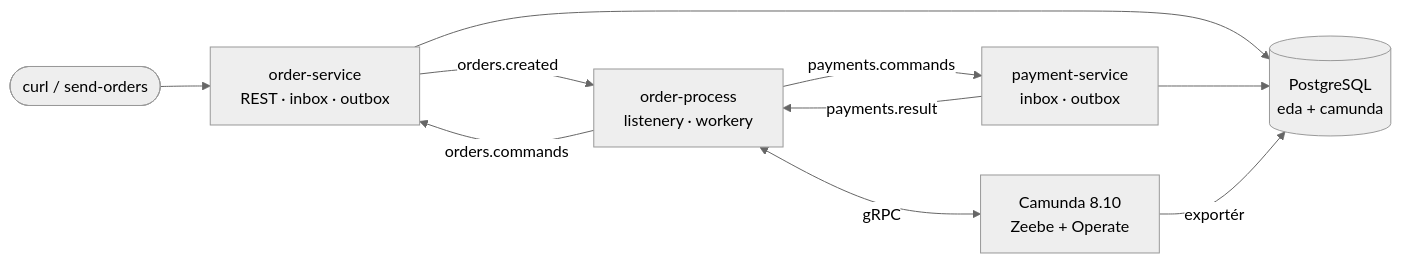
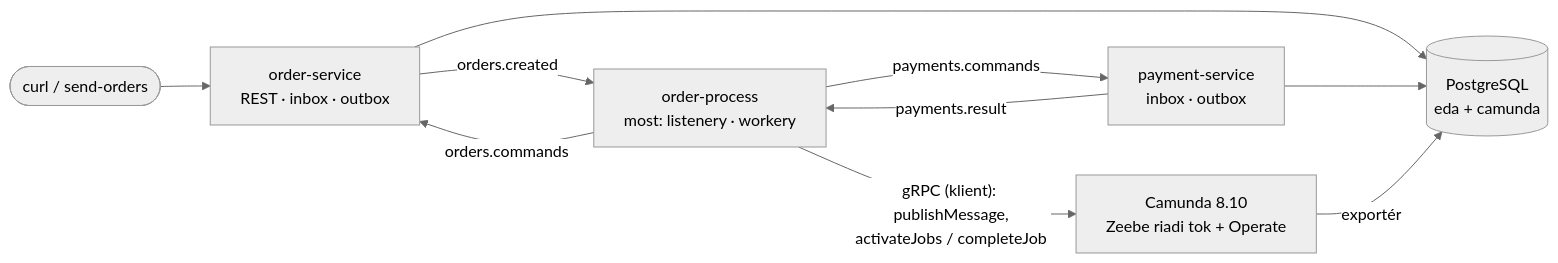
Before and after one commit to eriskooo/event-driven-demo: the third of 3 diagrams in docs/poznamky/01_co_je_event_driven.md, drawn with Mermaid (neutral theme). The commit also changed other lines of this file and 55 other files, not shown here.

First line of the commit message:
Condense README and clarify Camunda's role in diagrams

````diff
--- a/docs/poznamky/01_co_je_event_driven.md
+++ b/docs/poznamky/01_co_je_event_driven.md
@@ -96,12 +98,12 @@
 ```mermaid
 flowchart LR
     client([curl / send-orders]) --> OS[order-service<br/>REST · inbox · outbox]
-    OS -- orders.created --> OP[order-process<br/>listenery · workery]
-    OP <-- gRPC --> Z[Camunda 8.10<br/>Zeebe + Operate]
+    OS -- orders.created --> OP[order-process<br/>most: listenery · workery]
+    OP -- "gRPC (klient): publishMessage,<br/>activateJobs / completeJob" --> Z[Camunda 8.10<br/>Zeebe riadi tok + Operate]
     OP -- payments.commands --> PS[payment-service<br/>inbox · outbox]
     PS -- payments.result --> OP
     OP -- orders.commands --> OS
     OS --> PG[(PostgreSQL<br/>eda + camunda)]
     PS --> PG
     Z -- exportér --> PG
 ```
````
